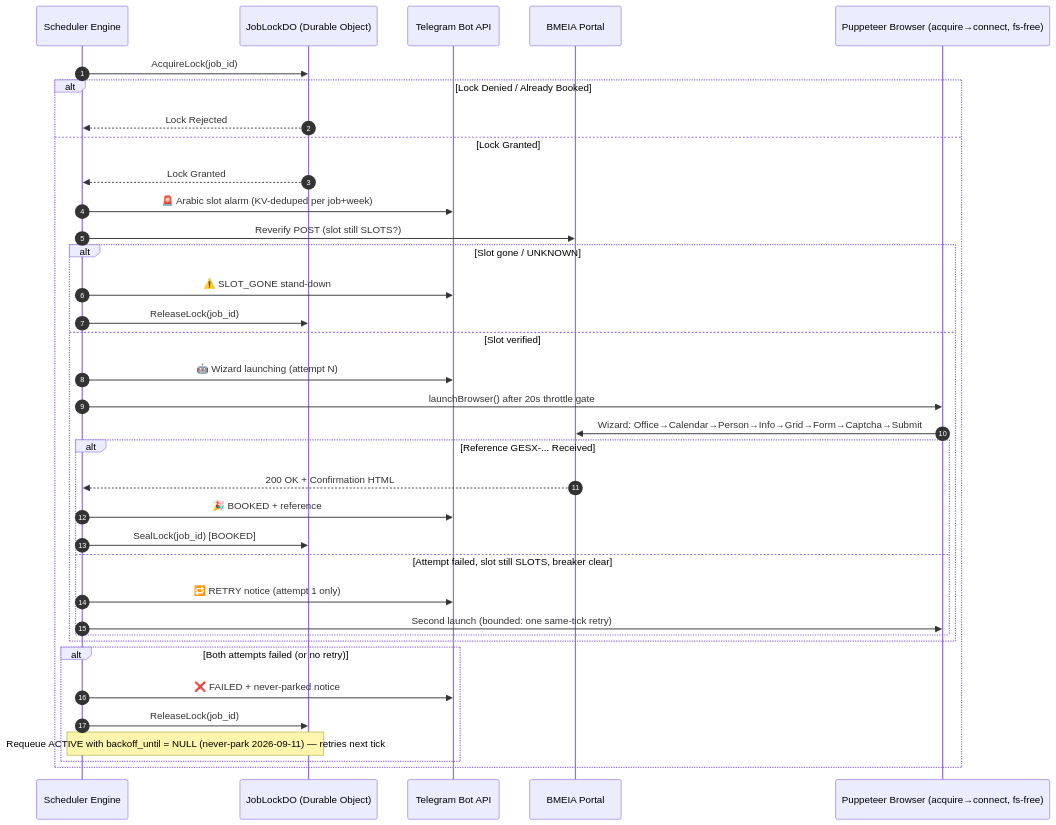
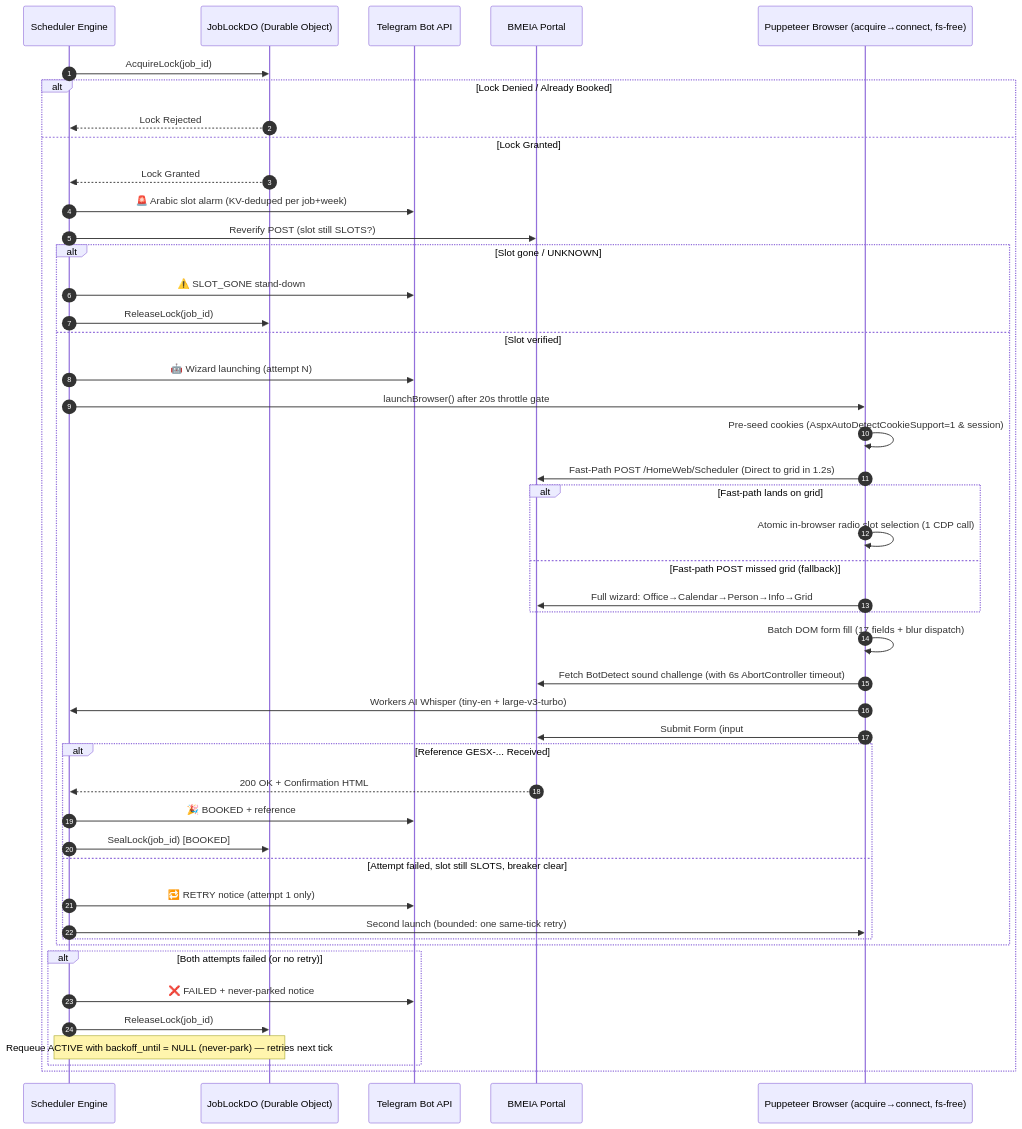
One commit to abdulsamed1/aegisflow changed the second of 2 diagrams in docs/architecture/4-execution-sequence-diagrams.md. Above: the diagram before and after it, drawn with Mermaid. The commit also changed other lines of this file and 17 other files, not shown here.

First line of the commit message:
perf: optimize booking pipeline speed, add cookie pre-seeding, and sync docs

````diff
--- a/docs/architecture/4-execution-sequence-diagrams.md
+++ b/docs/architecture/4-execution-sequence-diagrams.md
@@ -33,39 +33,49 @@
 ```mermaid
 sequenceDiagram
     autonumber
     participant Sched as Scheduler Engine
     participant DO as JobLockDO (Durable Object)
     participant TG as Telegram Bot API
     participant BMEIA as BMEIA Portal
     participant BW as Puppeteer Browser (acquire→connect, fs-free)
 
     Sched->>DO: AcquireLock(job_id)
     alt Lock Denied / Already Booked
         DO-->>Sched: Lock Rejected
     else Lock Granted
         DO-->>Sched: Lock Granted
         Sched->>TG: 🚨 Arabic slot alarm (KV-deduped per job+week)
         Sched->>BMEIA: Reverify POST (slot still SLOTS?)
         alt Slot gone / UNKNOWN
             Sched->>TG: ⚠️ SLOT_GONE stand-down
             Sched->>DO: ReleaseLock(job_id)
         else Slot verified
             Sched->>TG: 🤖 Wizard launching (attempt N)
             Sched->>BW: launchBrowser() after 20s throttle gate
-            BW->>BMEIA: Wizard: Office→Calendar→Person→Info→Grid→Form→Captcha→Submit
+            BW->>BW: Pre-seed cookies (AspxAutoDetectCookieSupport=1 & session)
+            BW->>BMEIA: Fast-Path POST /HomeWeb/Scheduler (Direct to grid in 1.2s)
+            alt Fast-path lands on grid
+                BW->>BW: Atomic in-browser radio slot selection (1 CDP call)
+            else Fast-path POST missed grid (fallback)
+                BW->>BMEIA: Full wizard: Office→Calendar→Person→Info→Grid
+            end
+            BW->>BW: Batch DOM form fill (17 fields + blur dispatch)
+            BW->>BMEIA: Fetch BotDetect sound challenge (with 6s AbortController timeout)
+            BW->>Sched: Workers AI Whisper (tiny-en + large-v3-turbo)
+            BW->>BMEIA: Submit Form (input#nextButton)
             alt Reference GESX-... Received
                 BMEIA-->>Sched: 200 OK + Confirmation HTML
                 Sched->>TG: 🎉 BOOKED + reference
                 Sched->>DO: SealLock(job_id) [BOOKED]
             else Attempt failed, slot still SLOTS, breaker clear
                 Sched->>TG: 🔁 RETRY notice (attempt 1 only)
                 Sched->>BW: Second launch (bounded: one same-tick retry)
             end
         end
         alt Both attempts failed (or no retry)
             Sched->>TG: ❌ FAILED + never-parked notice
             Sched->>DO: ReleaseLock(job_id)
-            Note over Sched,DO: Requeue ACTIVE with backoff_until = NULL (never-park 2026-09-11) — retries next tick
+            Note over Sched,DO: Requeue ACTIVE with backoff_until = NULL (never-park) — retries next tick
         end
     end
 ```
````
